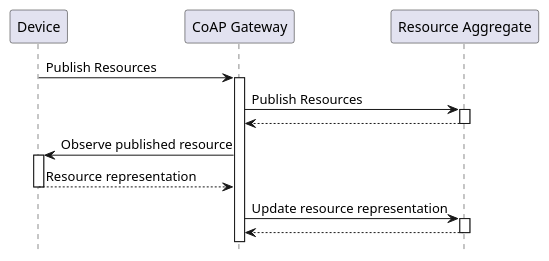
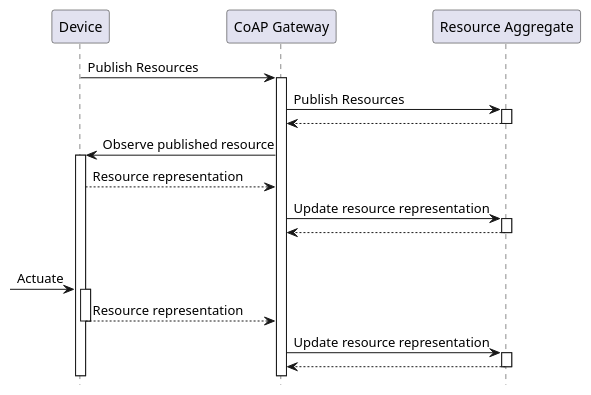
The fourth of 5 diagrams in docs/guide/architecture/system-overview.md (plgd-dev/hub), drawn with PlantUML before and after one commit. The commit also changed other lines of this file, not shown here.

Commit message:
[doc] update coap-gw docs

```diff
--- a/docs/guide/architecture/system-overview.md
+++ b/docs/guide/architecture/system-overview.md
@@ -147,16 +147,23 @@
 @startuml Sequence
 hide footbox
 
 participant D as "Device"
 participant CGW as "CoAP Gateway"
 participant RA as "Resource Aggregate"
 
 D -> CGW ++: Publish Resources
 CGW -> RA ++: Publish Resources
 return
-CGW -> D ++: Observe published resource
-return Resource representation
+CGW -> D: Observe published resource
+activate D
+D --> CGW: Resource representation
 CGW -> RA ++: Update resource representation
 return
-
+|||
+[-> D: Actuate
+activate D
+D --> CGW: Resource representation
+deactivate D
+CGW -> RA ++: Update resource representation
+return
 @enduml
```
